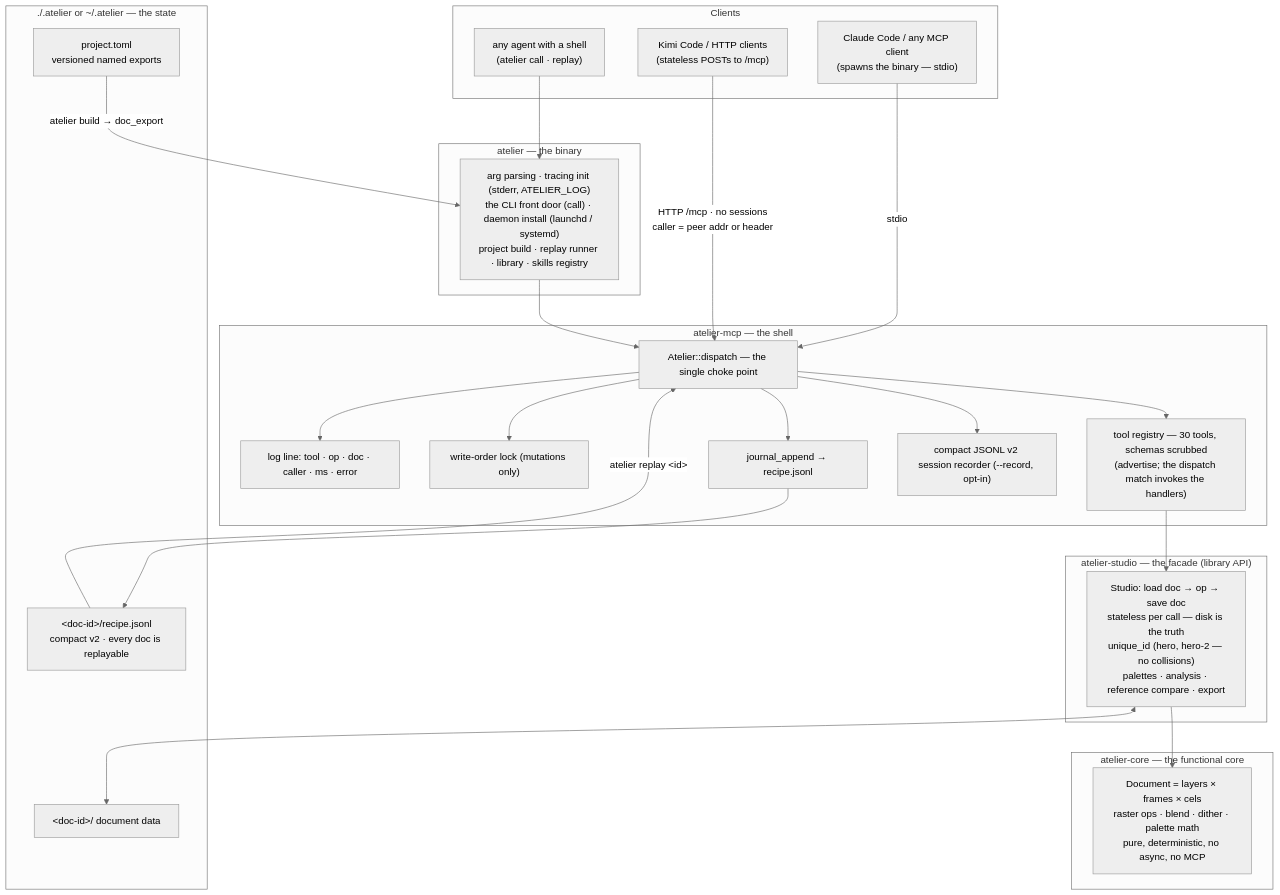
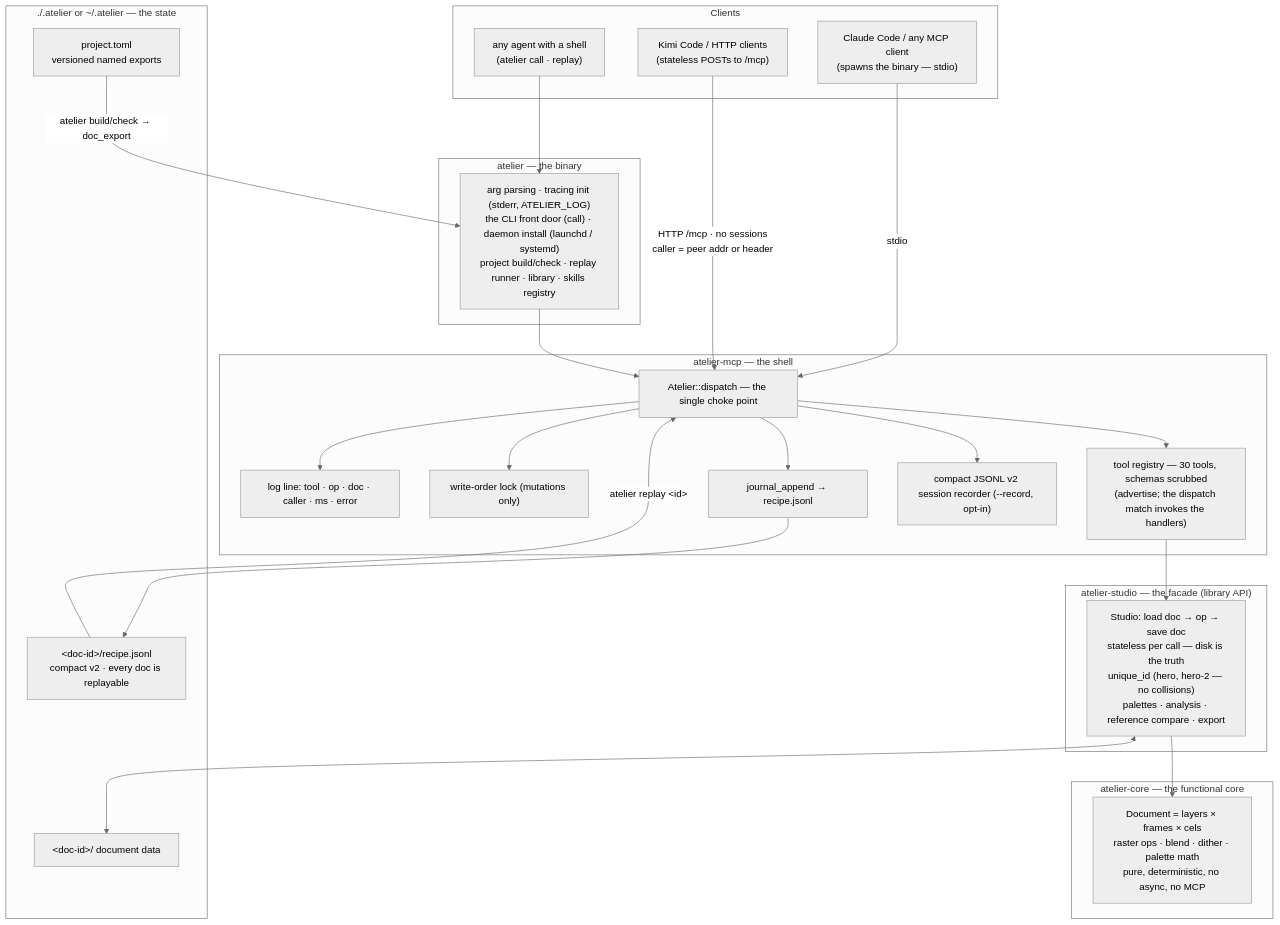
One commit to marmikshah/atelier changed the diagram in docs/ARCHITECTURE.md. Above: the diagram before and after it, drawn with Mermaid (neutral theme). The commit also changed other lines of this file and 7 other files, not shown here.

````diff
--- a/docs/ARCHITECTURE.md
+++ b/docs/ARCHITECTURE.md
@@ -43,51 +43,51 @@
 ```mermaid
 flowchart TB
     subgraph clients["Clients"]
         shell["any agent with a shell<br/>(atelier call · replay)"]
         cc["Claude Code / any MCP client<br/>(spawns the binary — stdio)"]
         kimi["Kimi Code / HTTP clients<br/>(stateless POSTs to /mcp)"]
     end
 
     subgraph bin["atelier — the binary"]
-        main["arg parsing · tracing init (stderr, ATELIER_LOG)<br/>the CLI front door (call) · daemon install (launchd / systemd)<br/>project build · replay runner · library · skills registry"]
+        main["arg parsing · tracing init (stderr, ATELIER_LOG)<br/>the CLI front door (call) · daemon install (launchd / systemd)<br/>project build/check · replay runner · library · skills registry"]
     end
 
     subgraph mcp["atelier-mcp — the shell"]
         dispatch["Atelier::dispatch — the single choke point"]
         log["log line: tool · op · doc · caller · ms · error"]
         order["write-order lock (mutations only)"]
         router["tool registry — 30 tools, schemas scrubbed<br/>(advertise; the dispatch match invokes the handlers)"]
         journal["journal_append → recipe.jsonl"]
         recorder["compact JSONL v2 session recorder (--record, opt-in)"]
     end
 
     subgraph studio["atelier-studio — the facade (library API)"]
         facade["Studio: load doc → op → save doc<br/>stateless per call — disk is the truth<br/>unique_id (hero, hero-2 — no collisions)<br/>palettes · analysis · reference compare · export"]
     end
 
     subgraph core["atelier-core — the functional core"]
         model["Document = layers × frames × cels<br/>raster ops · blend · dither · palette math<br/>pure, deterministic, no async, no MCP"]
     end
 
     subgraph disk["./.atelier or ~/.atelier — the state"]
         manifest["project.toml<br/>versioned named exports"]
         store["&lt;doc-id&gt;/ document data"]
         recipe["&lt;doc-id&gt;/recipe.jsonl<br/>compact v2 · every doc is replayable"]
     end
 
     shell --> main
     cc -- stdio --> dispatch
     kimi -- "HTTP /mcp · no sessions<br/>caller = peer addr or header" --> dispatch
     main --> dispatch
-    manifest -- "atelier build → doc_export" --> main
+    manifest -- "atelier build/check → doc_export" --> main
     dispatch --> log
     dispatch --> order
     dispatch --> router
     dispatch --> journal
     dispatch --> recorder
     router --> facade
     facade --> model
     facade <--> store
     journal --> recipe
     recipe -- "atelier replay &lt;id&gt;" --> dispatch
 ```
````
